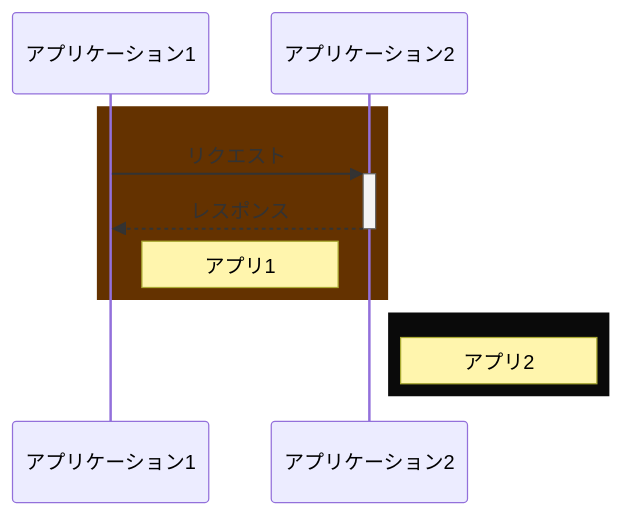
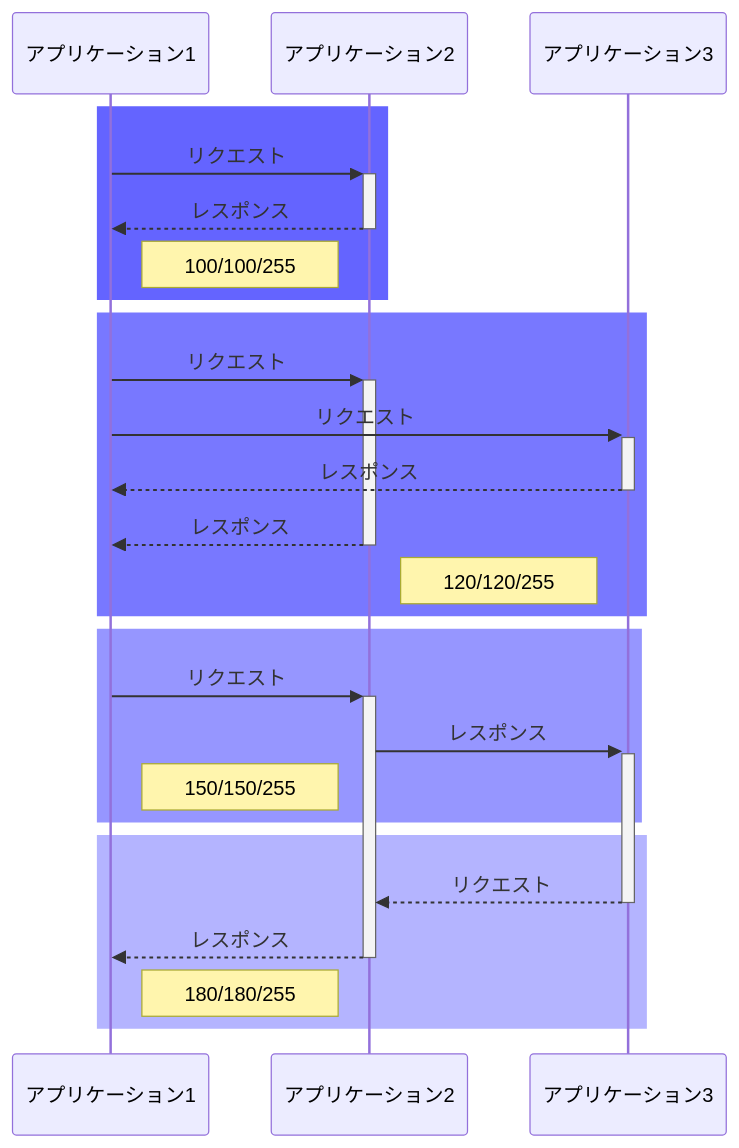
One commit to rubytomato/test_repo changed the diagram in README.MD. Above: the diagram before and after it, drawn with Mermaid.

````diff
--- a/README.MD
+++ b/README.MD
@@ -3,13 +3,28 @@
 ```mermaid
 sequenceDiagram
   participant app1 as アプリケーション1
   participant app2 as アプリケーション2
-  rect rgb(100, 50, 0)
+  participant app3 as アプリケーション3
+  rect rgb(100, 100, 255)
     app1->>+app2: リクエスト
     app2-->>-app1: レスポンス
-    Note right of app1: アプリ1
+    Note right of app1: 100/100/255
   end
-  rect rgb(10,10,10)
-    Note right of app2: アプリ2
+  rect rgb(120, 120, 255)
+    app1->>+app2: リクエスト
+    app1->>+app3: リクエスト
+    app3-->>-app1: レスポンス
+    app2-->>-app1: レスポンス
+    Note right of app2: 120/120/255
+  end
+  rect rgb(150, 150, 255)
+    app1->>+app2: リクエスト
+    app2->>+app3: レスポンス
+    Note right of app1: 150/150/255
+  end
+  rect rgb(180, 180, 255)
+    app3-->>-app2: リクエスト
+    app2-->>-app1: レスポンス
+    Note right of app1: 180/180/255
   end
 ```
````
